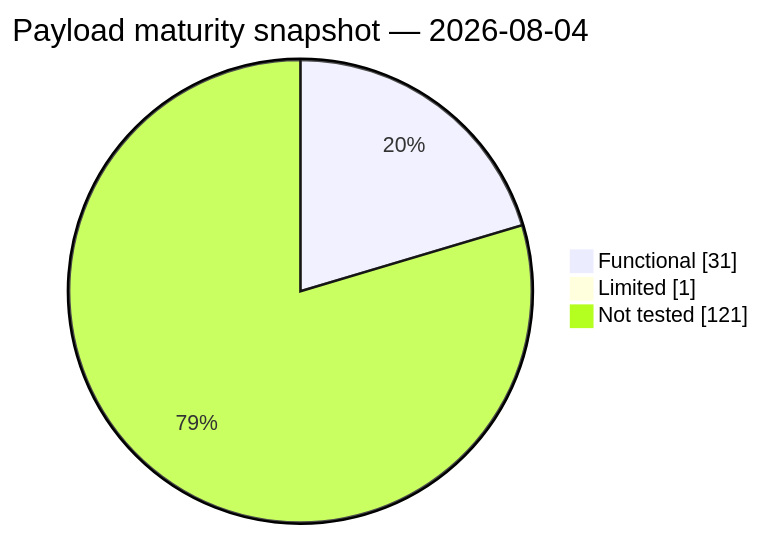
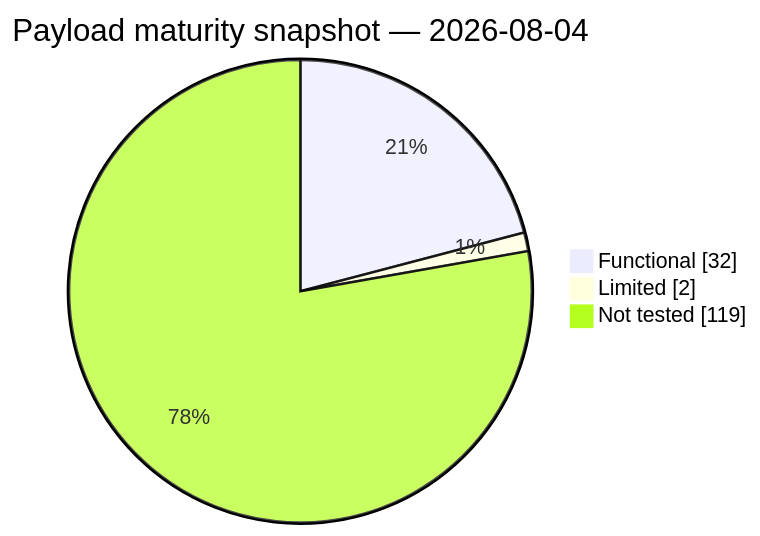
The second of 2 diagrams in docs/ROADMAP.md (kanedasec/citypop), drawn with Mermaid before and after one commit. The commit also changed other lines of this file, not shown here.

Commit message:
docs: refresh payload maturity roadmap

````diff
--- a/docs/ROADMAP.md
+++ b/docs/ROADMAP.md
@@ -80,7 +81,7 @@
 ```mermaid
 pie showData
     title Payload maturity snapshot — 2026-08-04
-    "Functional" : 31
-    "Limited" : 1
-    "Not tested" : 121
+    "Functional" : 32
+    "Limited" : 2
+    "Not tested" : 119
 ```
````
